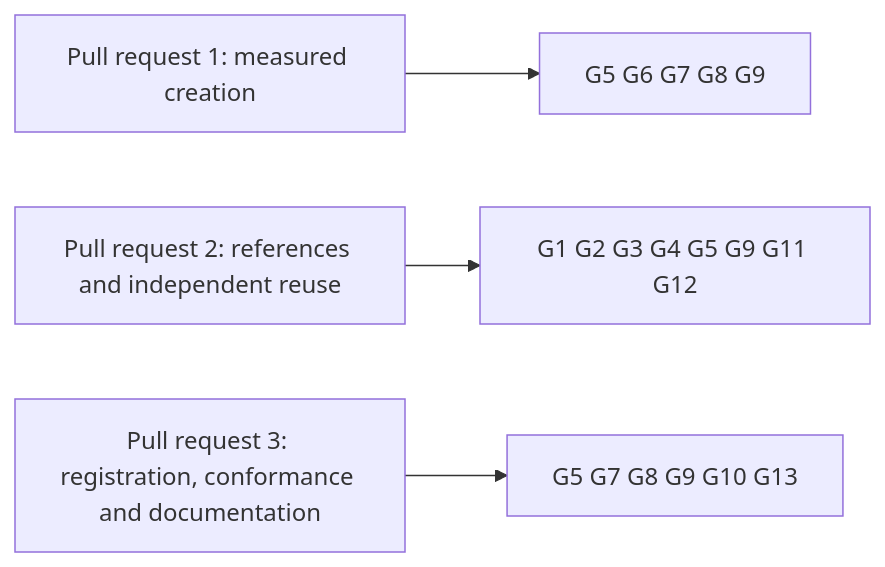
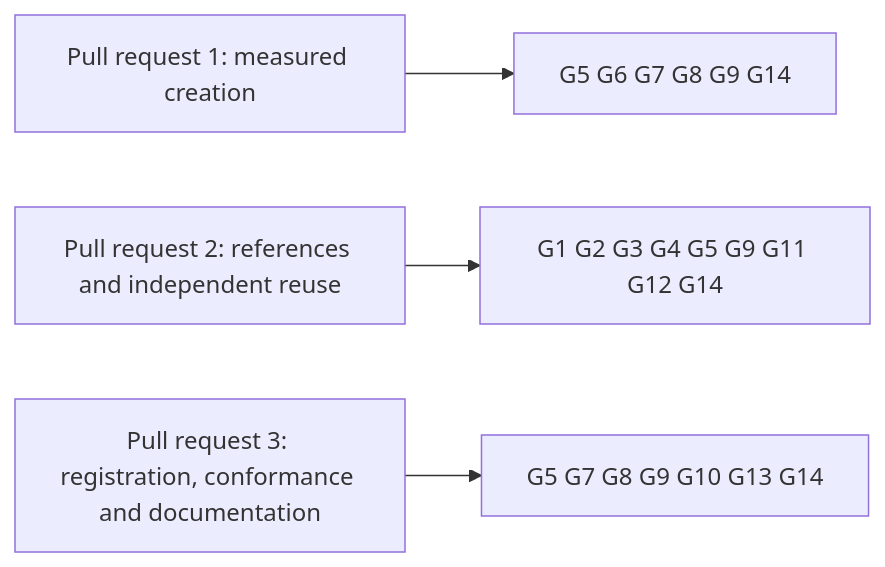
The diagram in specs/745-shared-publications/gate.md (lambdasistemi/singular), drawn with Mermaid before and after one commit. The commit also changed other lines of this file and 3 other files, not shown here.

````diff
--- a/specs/745-shared-publications/gate.md
+++ b/specs/745-shared-publications/gate.md
@@ -36,6 +37,6 @@
 ```mermaid
 flowchart LR
-    P1[Pull request 1: measured creation] --> R1[G5 G6 G7 G8 G9]
-    P2[Pull request 2: references and independent reuse] --> R2[G1 G2 G3 G4 G5 G9 G11 G12]
-    P3[Pull request 3: registration, conformance and documentation] --> R3[G5 G7 G8 G9 G10 G13]
+    P1[Pull request 1: measured creation] --> R1[G5 G6 G7 G8 G9 G14]
+    P2[Pull request 2: references and independent reuse] --> R2[G1 G2 G3 G4 G5 G9 G11 G12 G14]
+    P3[Pull request 3: registration, conformance and documentation] --> R3[G5 G7 G8 G9 G10 G13 G14]
 ```
````
